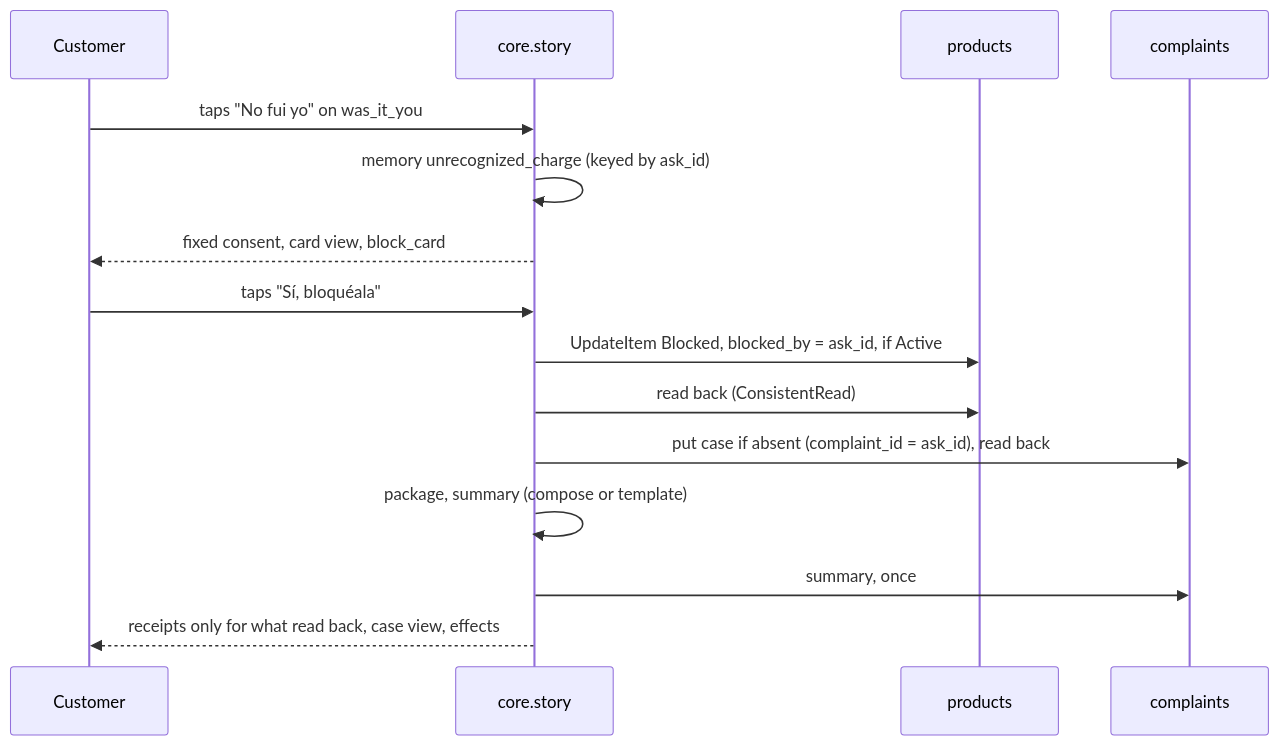
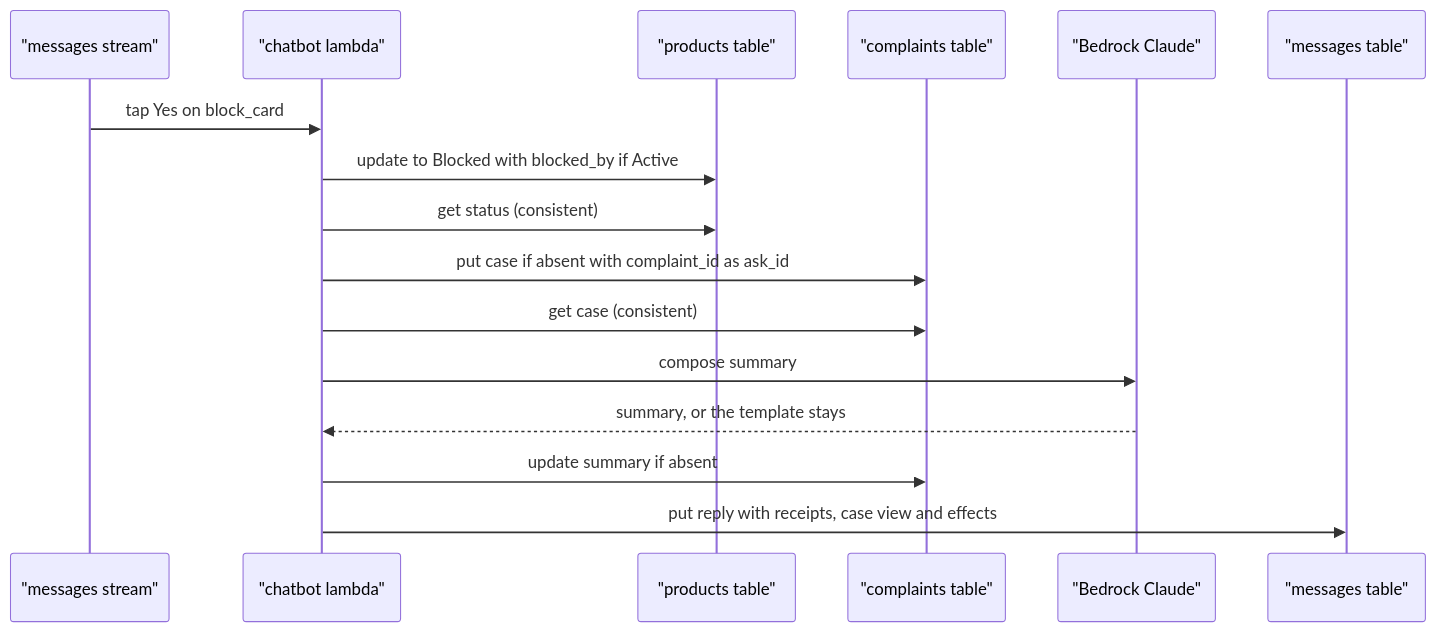
The fifth of 17 diagrams in docs/modules/assistant/flows.md (Team-ACGS/factored-hackathon-2026-acgs), drawn with Mermaid before and after one commit. The commit also changed other lines of this file and 9 other files, not shown here.

Commit message:
docs(assistant,cases,data,identity,messaging): readmes and flows verified against the code, round 1

````diff
--- a/docs/modules/assistant/flows.md
+++ b/docs/modules/assistant/flows.md
@@ -46,17 +200,18 @@
 ```mermaid
 sequenceDiagram
-  participant U as Customer
-  participant S as core.story
-  participant P as products
-  participant C as complaints
-  U->>S: taps "No fui yo" on was_it_you
-  S->>S: memory unrecognized_charge (keyed by ask_id)
-  S-->>U: fixed consent, card view, block_card
-  U->>S: taps "Sí, bloquéala"
-  S->>P: UpdateItem Blocked, blocked_by = ask_id, if Active
-  S->>P: read back (ConsistentRead)
-  S->>C: put case if absent (complaint_id = ask_id), read back
-  S->>S: package, summary (compose or template)
-  S->>C: summary, once
-  S-->>U: receipts only for what read back, case view, effects
+  participant Stream as "messages stream"
+  participant Chatbot as "chatbot lambda"
+  participant Products as "products table"
+  participant Complaints as "complaints table"
+  participant Bedrock as "Bedrock Claude"
+  participant Messages as "messages table"
+  Stream->>Chatbot: tap Yes on block_card
+  Chatbot->>Products: update to Blocked with blocked_by if Active
+  Chatbot->>Products: get status (consistent)
+  Chatbot->>Complaints: put case if absent with complaint_id as ask_id
+  Chatbot->>Complaints: get case (consistent)
+  Chatbot->>Bedrock: compose summary
+  Bedrock-->>Chatbot: summary, or the template stays
+  Chatbot->>Complaints: update summary if absent
+  Chatbot->>Messages: put reply with receipts, case view and effects
 ```
````
